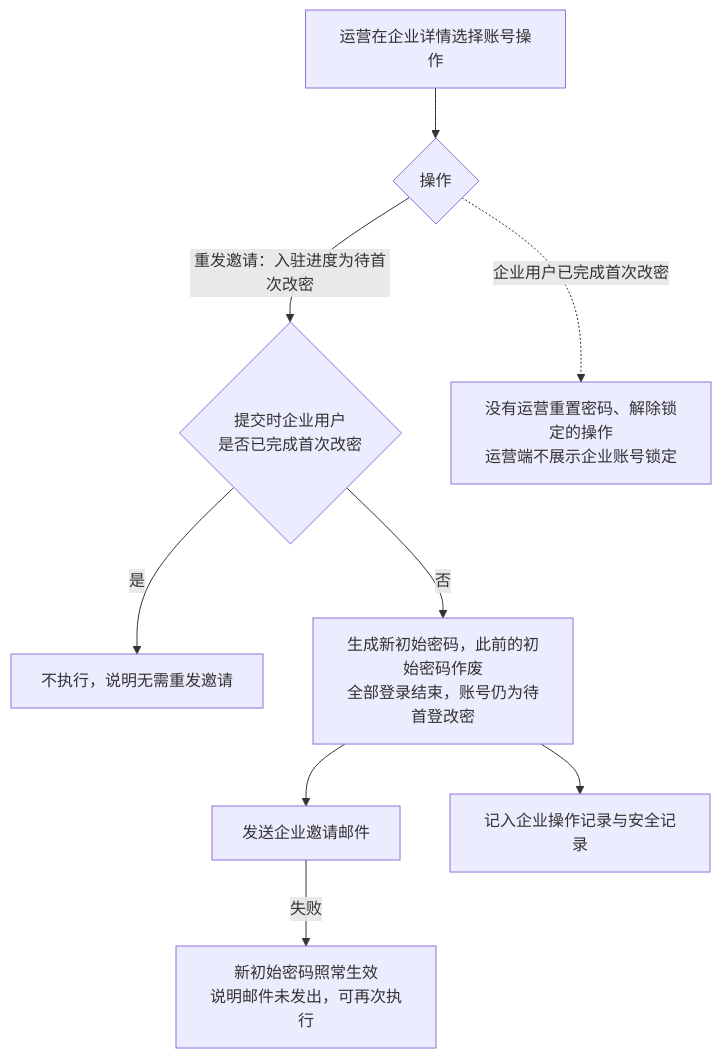
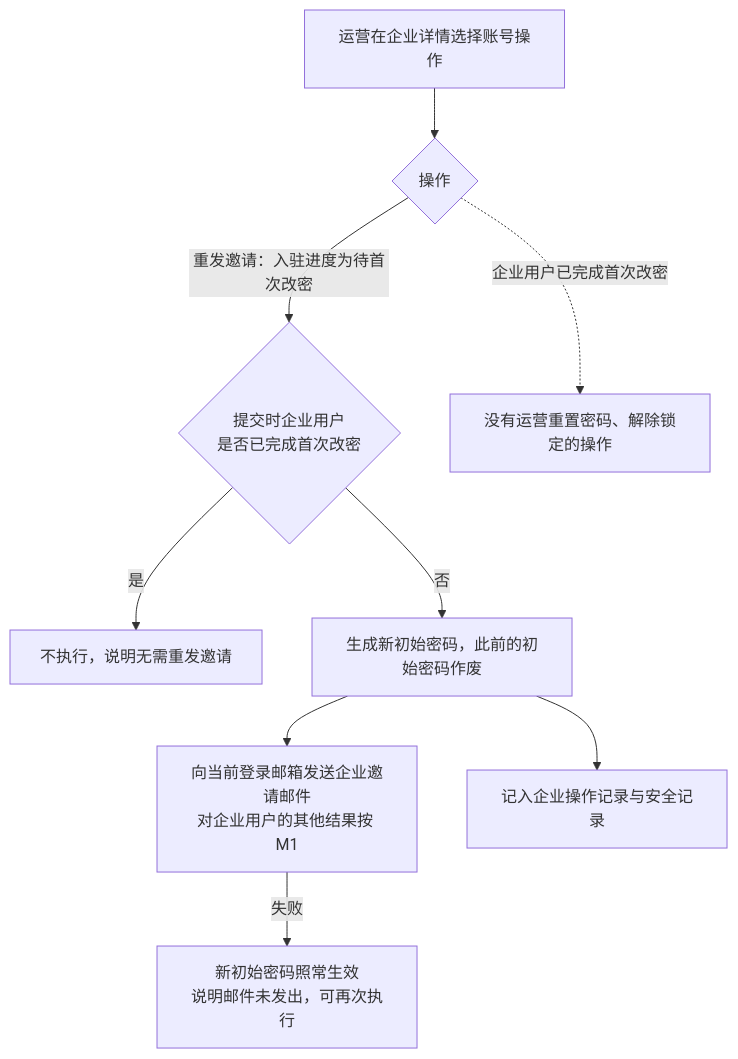
The fourth of 7 diagrams in asset-trust-platform/PRD/运营端/M2-运营登录与企业管理/02-运营登录与企业管理-流程图与状态机.md (wxblockchain/Chain-Financing), drawn with Mermaid before and after one commit. The commit also changed other lines of this file and 4 other files, not shown here.

````diff
--- a/asset-trust-platform/PRD/运营端/M2-运营登录与企业管理/02-运营登录与企业管理-流程图与状态机.md
+++ b/asset-trust-platform/PRD/运营端/M2-运营登录与企业管理/02-运营登录与企业管理-流程图与状态机.md
@@ -118,11 +117,11 @@
 ```mermaid
 flowchart TD
     A[运营在企业详情选择账号操作] --> B{操作}
     B -->|重发邀请：入驻进度为待首次改密| E{提交时企业用户<br/>是否已完成首次改密}
     E -->|是| E0[不执行，说明无需重发邀请]
-    E -->|否| E2[生成新初始密码，此前的初始密码作废<br/>全部登录结束，账号仍为待首登改密]
-    E2 --> E3[发送企业邀请邮件]
+    E -->|否| E2[生成新初始密码，此前的初始密码作废]
+    E2 --> E3[向当前登录邮箱发送企业邀请邮件<br/>对企业用户的其他结果按 M1]
     E3 -->|失败| H[新初始密码照常生效<br/>说明邮件未发出，可再次执行]
     E2 --> Z[记入企业操作记录与安全记录]
-    B -.->|企业用户已完成首次改密| N[没有运营重置密码、解除锁定的操作<br/>运营端不展示企业账号锁定]
+    B -.->|企业用户已完成首次改密| N[没有运营重置密码、解除锁定的操作]
 ```
````
